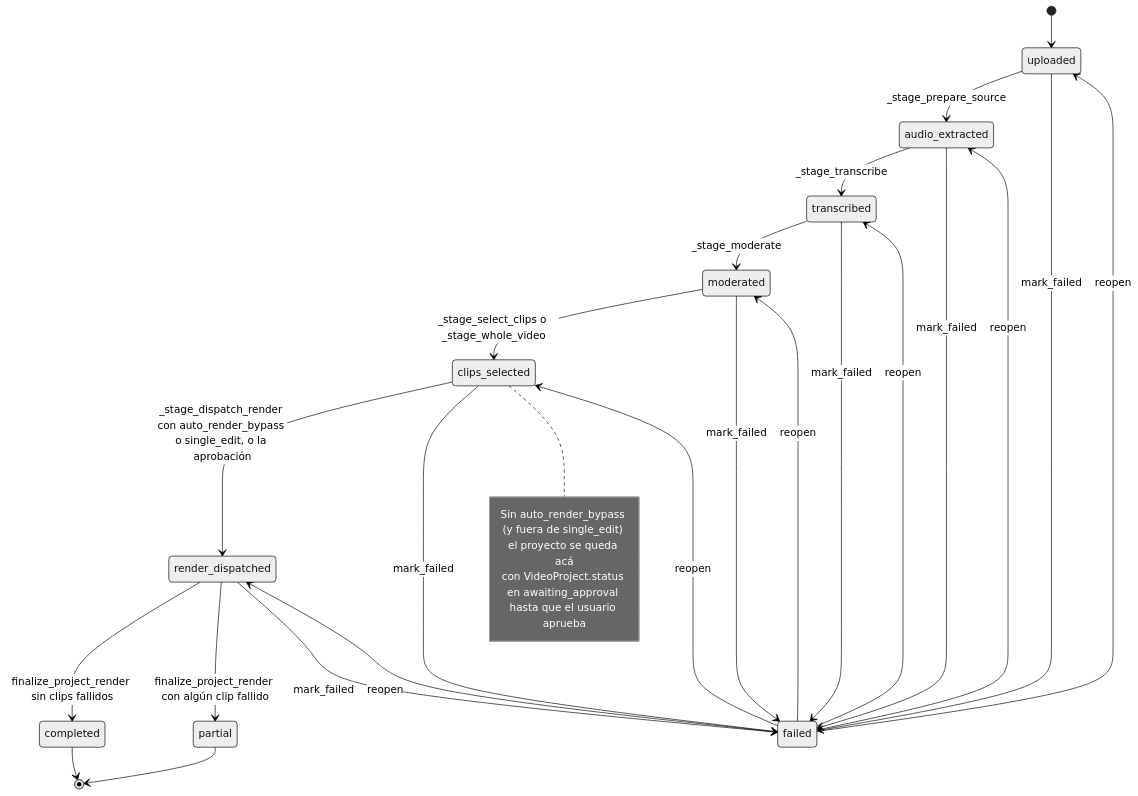
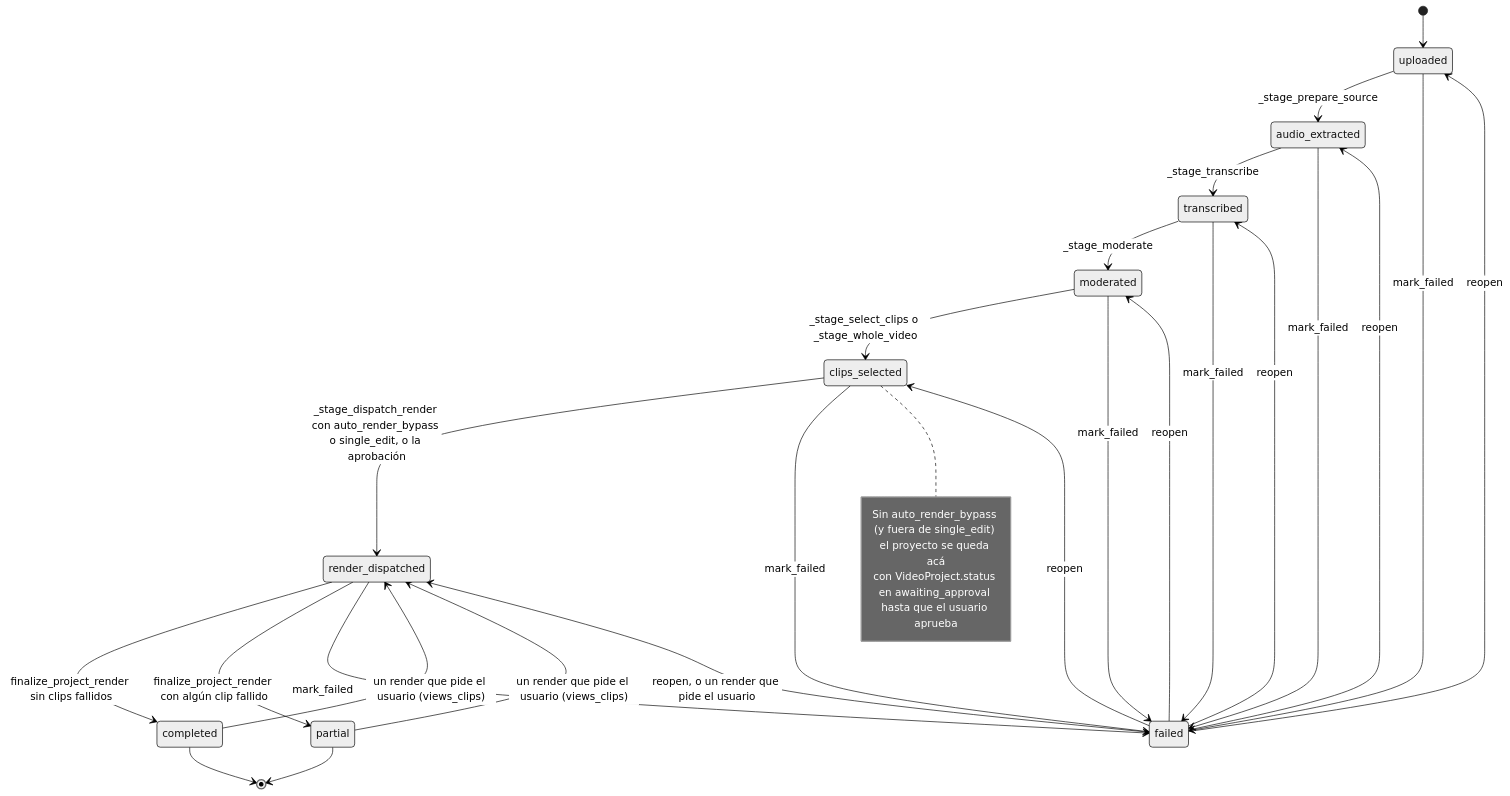
One commit to RomeKai/videoeditUTN changed the second of 5 diagrams in documents/ia/02-pipeline-de-ingesta.md. Above: the diagram before and after it, drawn with Mermaid (neutral theme). The commit also changed other lines of this file and 14 other files, not shown here.

First line of the commit message:
feat(clips): API del clip, render pago, reintento, re-render y re-despacho

````diff
--- a/documents/ia/02-pipeline-de-ingesta.md
+++ b/documents/ia/02-pipeline-de-ingesta.md
@@ -82,29 +82,31 @@
 ```mermaid
 stateDiagram-v2
     [*] --> uploaded
     uploaded --> audio_extracted: _stage_prepare_source
     audio_extracted --> transcribed: _stage_transcribe
     transcribed --> moderated: _stage_moderate
     moderated --> clips_selected: _stage_select_clips o _stage_whole_video
     clips_selected --> render_dispatched: _stage_dispatch_render con auto_render_bypass o single_edit, o la aprobación
     render_dispatched --> completed: finalize_project_render sin clips fallidos
     render_dispatched --> partial: finalize_project_render con algún clip fallido
     uploaded --> failed: mark_failed
     audio_extracted --> failed: mark_failed
     transcribed --> failed: mark_failed
     moderated --> failed: mark_failed
     clips_selected --> failed: mark_failed
     render_dispatched --> failed: mark_failed
     failed --> uploaded: reopen
     failed --> audio_extracted: reopen
     failed --> transcribed: reopen
     failed --> moderated: reopen
     failed --> clips_selected: reopen
-    failed --> render_dispatched: reopen
+    failed --> render_dispatched: reopen, o un render que pide el usuario
+    completed --> render_dispatched: un render que pide el usuario (views_clips)
+    partial --> render_dispatched: un render que pide el usuario (views_clips)
     completed --> [*]
     partial --> [*]
     note right of clips_selected
         Sin auto_render_bypass (y fuera de single_edit) el proyecto se queda acá
         con VideoProject.status en awaiting_approval hasta que el usuario aprueba
     end note
 ```
````
